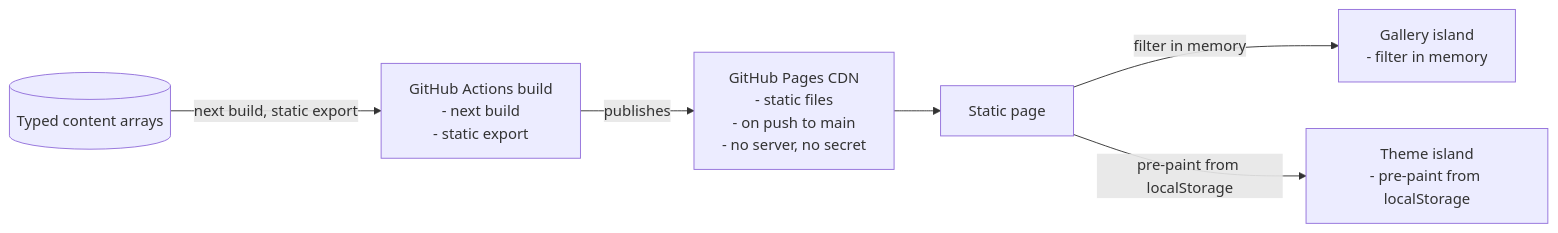
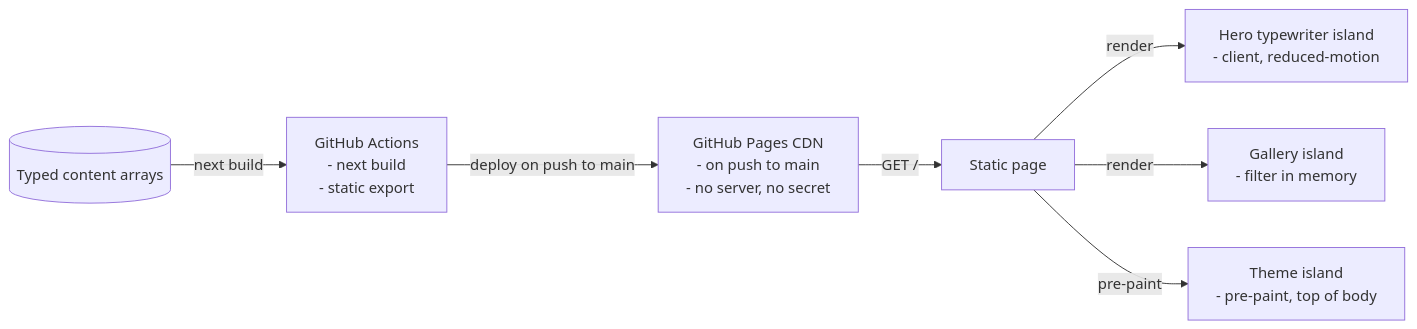
Before and after one commit to elleskay/platform-site: the fourth of 4 diagrams in README.md, drawn with Mermaid. The commit also changed other lines of this file and 15 other files, not shown here.

````diff
--- a/README.md
+++ b/README.md
@@ -270,14 +241,9 @@
 ```mermaid
 flowchart LR
-  Content[("Typed content arrays")]
-  Build["GitHub Actions build<br/>- next build<br/>- static export"]
-  CDN["GitHub Pages CDN<br/>- static files<br/>- on push to main<br/>- no server, no secret"]
-  Page["Static page"]
-  Gallery["Gallery island<br/>- filter in memory"]
-  Theme["Theme island<br/>- pre-paint from localStorage"]
-  Content -->|"next build, static export"| Build
-  Build -->|publishes| CDN
-  CDN --> Page
-  Page -->|"filter in memory"| Gallery
-  Page -->|"pre-paint from localStorage"| Theme
+  Content[("Typed content arrays")] -->|"next build"| Build["GitHub Actions<br/>- next build<br/>- static export"]
+  Build -->|"deploy on push to main"| CDN["GitHub Pages CDN<br/>- on push to main<br/>- no server, no secret"]
+  CDN -->|"GET /"| Page["Static page"]
+  Page -->|"render"| Hero["Hero typewriter island<br/>- client, reduced-motion"]
+  Page -->|"render"| Gallery["Gallery island<br/>- filter in memory"]
+  Page -->|"pre-paint"| Theme["Theme island<br/>- pre-paint, top of body"]
 ```
````
